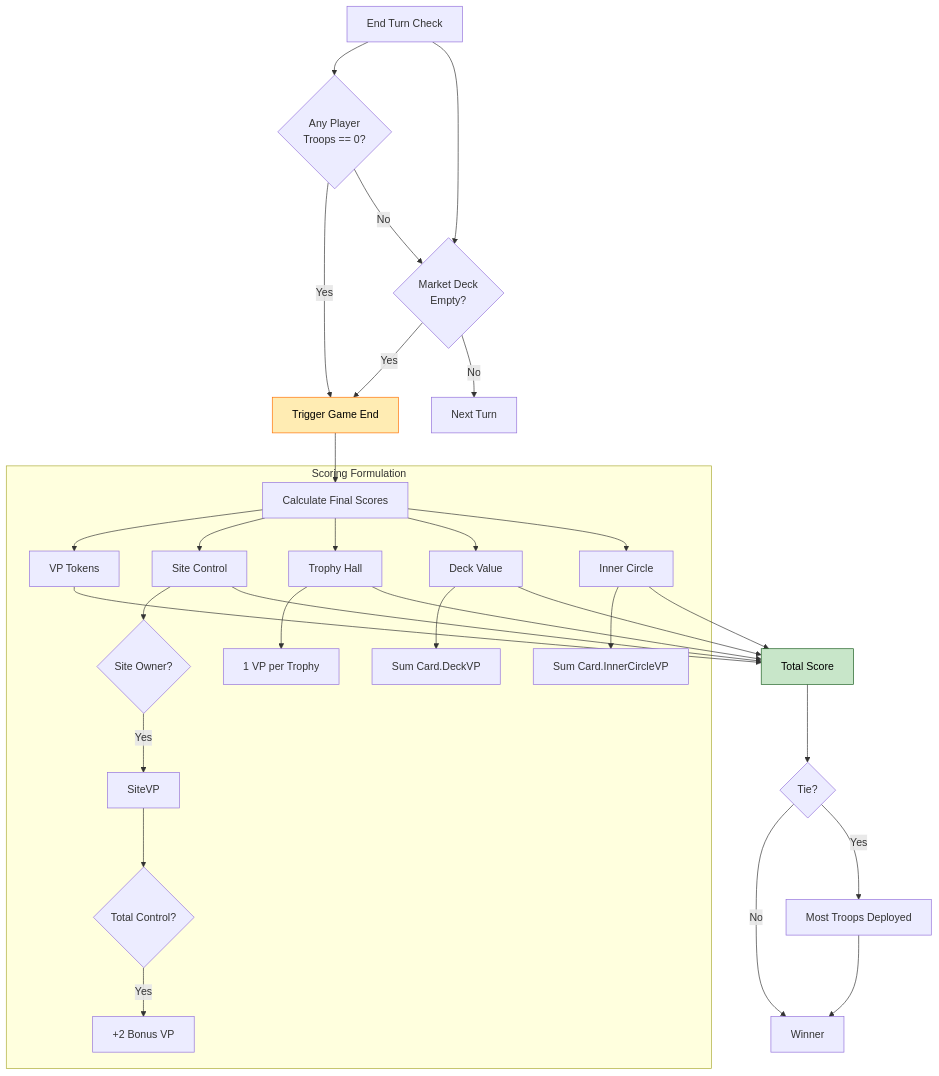
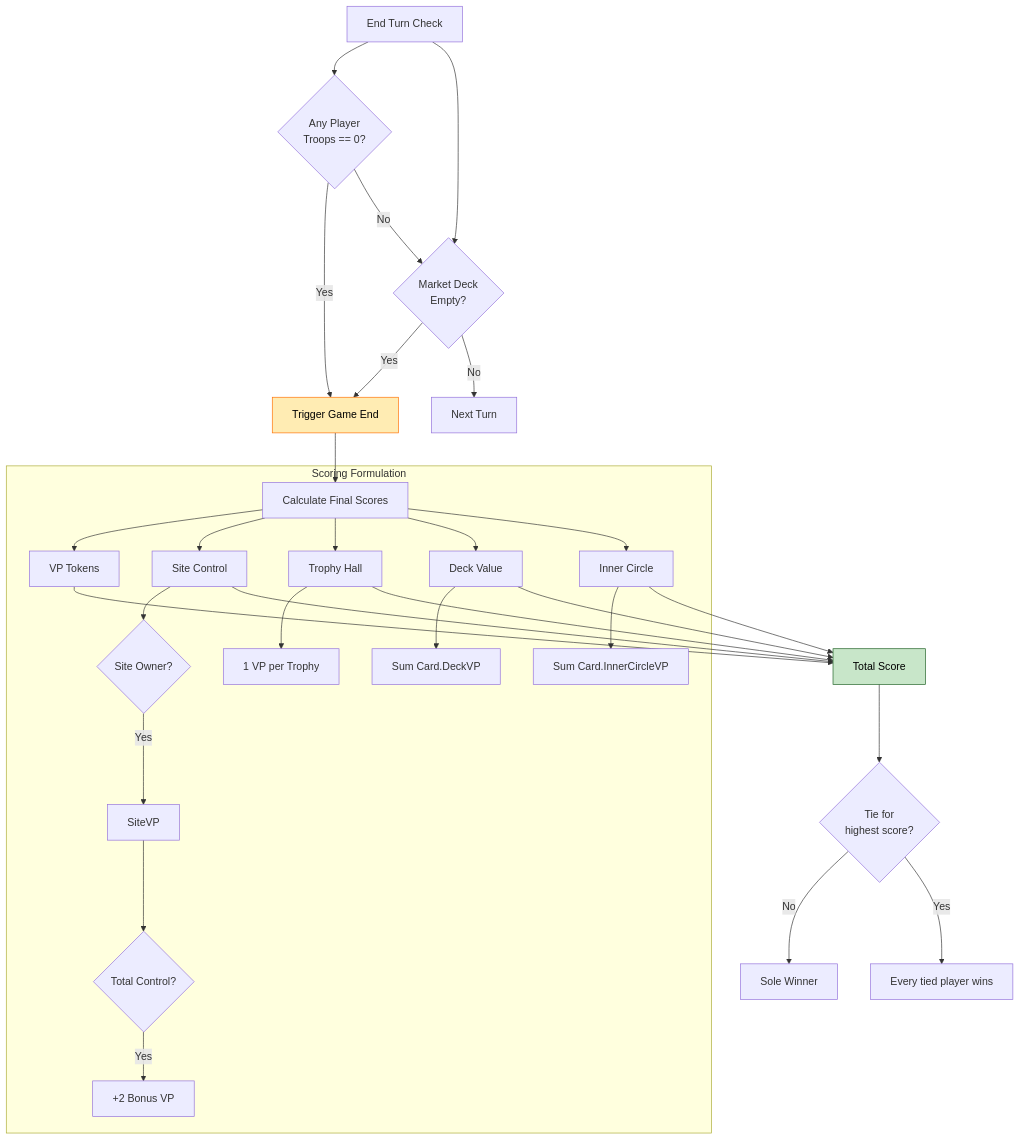
One commit to Itzoqq/ChaosWarlords changed the fourth of 26 diagrams in docs/game-logic-flow.md. Above: the diagram before and after it, drawn with Mermaid. The commit also changed other lines of this file and 9 other files, not shown here.

````diff
--- a/docs/game-logic-flow.md
+++ b/docs/game-logic-flow.md
@@ -131,40 +131,39 @@
 ```mermaid
 flowchart TD
     CheckEnd[End Turn Check] --> Condition1{Any Player<br/>Troops == 0?}
     CheckEnd --> Condition2{Market Deck<br/>Empty?}
     
     Condition1 -- Yes --> TriggerEnd[Trigger Game End]
     Condition1 -- No --> Condition2
     Condition2 -- Yes --> TriggerEnd
     Condition2 -- No --> Continue[Next Turn]
     
     TriggerEnd --> CalcScore[Calculate Final Scores]
     
     subgraph Scoring Formulation
         CalcScore --> S1[VP Tokens]
         CalcScore --> S2[Site Control]
         CalcScore --> S3[Trophy Hall]
         S3 --> S3_1[1 VP per Trophy]
         
         CalcScore --> S4[Deck Value]
         S4 --> S4_1[Sum Card.DeckVP]
         
         CalcScore --> S5[Inner Circle]
         S5 --> S5_1[Sum Card.InnerCircleVP]
         
         S2 --> S2_Detail{Site Owner?}
         S2_Detail -- Yes --> SiteVP
         SiteVP --> TotalControl{Total Control?}
         TotalControl -- Yes --> Bonus[+2 Bonus VP]
     end
     
     S1 & S2 & S3 & S4 & S5 --> Total[Total Score]
-    Total --> TieBreaker{Tie?}
+    Total --> TieCheck{Tie for<br/>highest score?}
     
-    TieBreaker -- No --> Winner
-    TieBreaker -- Yes --> TB1[Most Troops Deployed]
-    TB1 --> Winner
+    TieCheck -- No --> Winner[Sole Winner]
+    TieCheck -- Yes --> SharedWinner[Every tied player wins]
     
     style TriggerEnd fill:#ffecb3,stroke:#ff6f00,color:black
     style Total fill:#c8e6c9,stroke:#1b5e20,color:black
 ```
````
